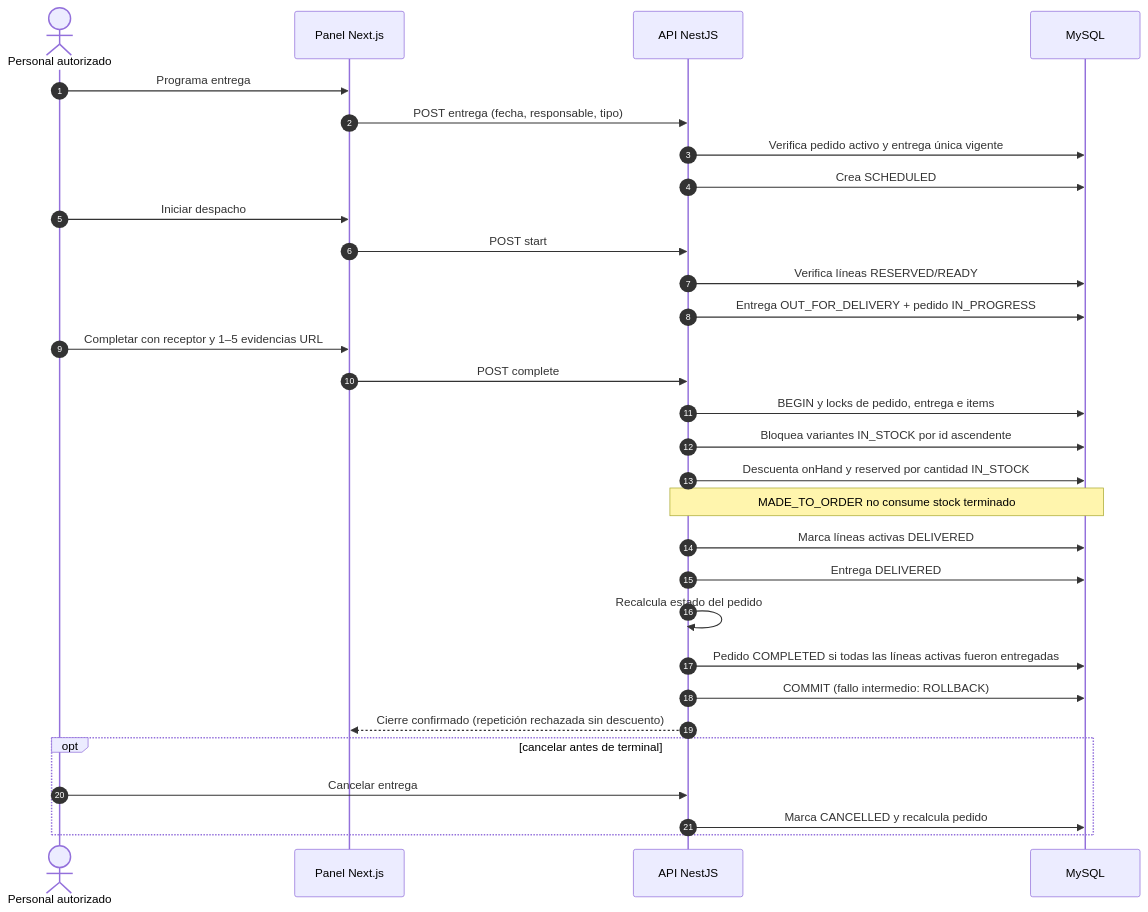
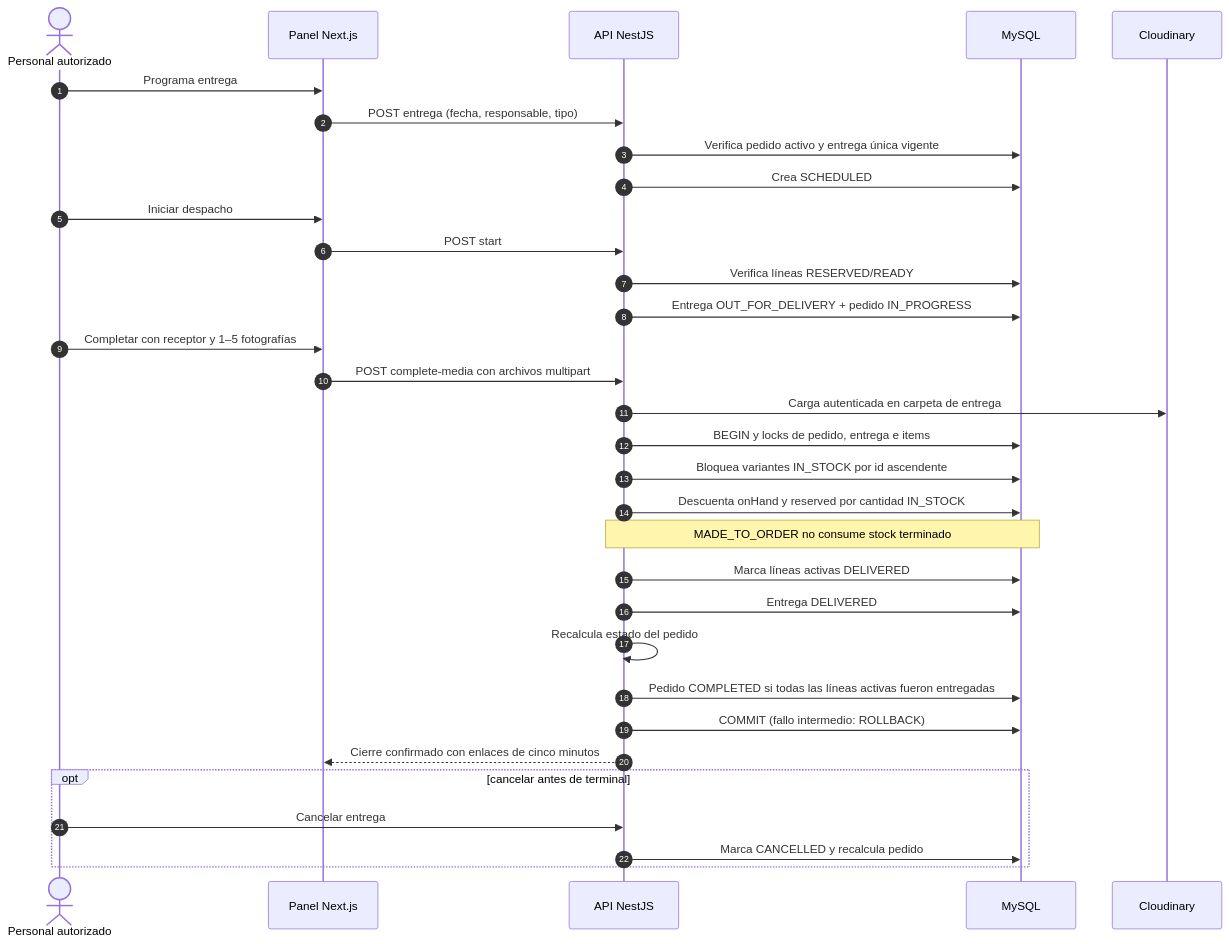
Before and after one commit to IngenieroCui/Home_Fashion: the diagram in docs/diagrams/source/D-12-secuencia-entrega-cierre.mmd, drawn with Mermaid. The commit also changed 18 other files, not shown here.

```diff
--- a/docs/diagrams/source/D-12-secuencia-entrega-cierre.mmd
+++ b/docs/diagrams/source/D-12-secuencia-entrega-cierre.mmd
@@ -1,33 +1,35 @@
 %% D-12 — Secuencia: entrega y cierre
 %% Fuentes: deliveries.service.ts; order-state.ts
 sequenceDiagram
   autonumber
   actor P as Personal autorizado
   participant W as Panel Next.js
   participant A as API NestJS
   participant DB as MySQL
+  participant C as Cloudinary
 
   P->>W: Programa entrega
   W->>A: POST entrega (fecha, responsable, tipo)
   A->>DB: Verifica pedido activo y entrega única vigente
   A->>DB: Crea SCHEDULED
   P->>W: Iniciar despacho
   W->>A: POST start
   A->>DB: Verifica líneas RESERVED/READY
   A->>DB: Entrega OUT_FOR_DELIVERY + pedido IN_PROGRESS
-  P->>W: Completar con receptor y 1–5 evidencias URL
-  W->>A: POST complete
+  P->>W: Completar con receptor y 1–5 fotografías
+  W->>A: POST complete-media con archivos multipart
+  A->>C: Carga autenticada en carpeta de entrega
   A->>DB: BEGIN y locks de pedido, entrega e items
   A->>DB: Bloquea variantes IN_STOCK por id ascendente
   A->>DB: Descuenta onHand y reserved por cantidad IN_STOCK
   Note over A,DB: MADE_TO_ORDER no consume stock terminado
   A->>DB: Marca líneas activas DELIVERED
   A->>DB: Entrega DELIVERED
   A->>A: Recalcula estado del pedido
   A->>DB: Pedido COMPLETED si todas las líneas activas fueron entregadas
   A->>DB: COMMIT (fallo intermedio: ROLLBACK)
-  A-->>W: Cierre confirmado (repetición rechazada sin descuento)
+  A-->>W: Cierre confirmado con enlaces de cinco minutos
   opt cancelar antes de terminal
     P->>A: Cancelar entrega
     A->>DB: Marca CANCELLED y recalcula pedido
   end
```
